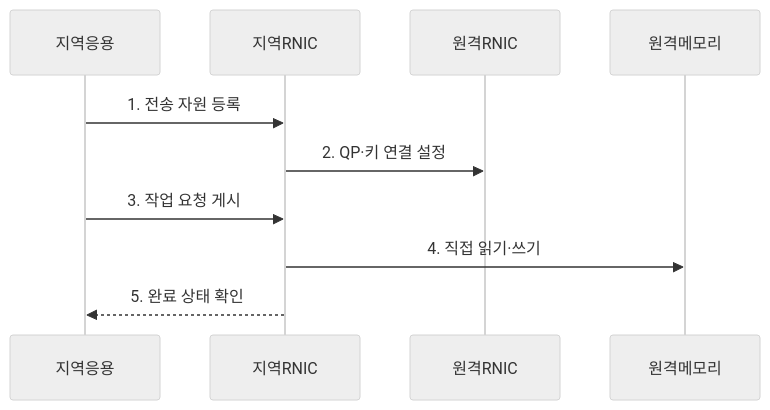
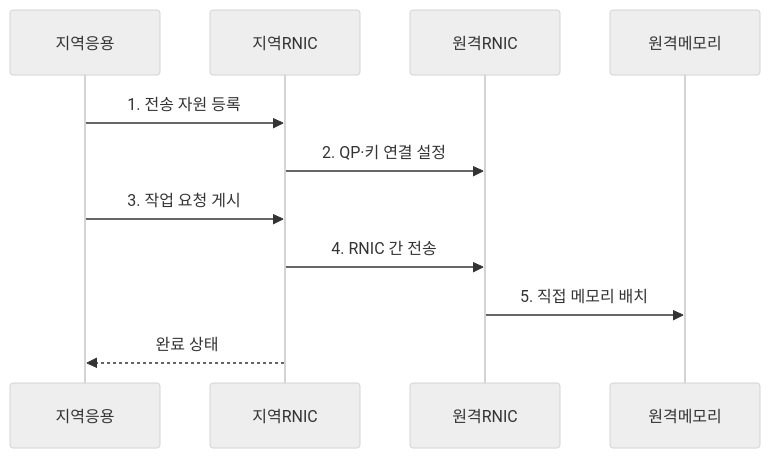
Before and after one commit to agnusdei1207/knowledge-base: the second of 2 diagrams in src/content/docs/notes/04-network/102_rdma.md, drawn with Mermaid (neutral theme). The commit also changed other lines of this file and 16 other files, not shown here.

````diff
--- a/src/content/docs/notes/04-network/102_rdma.md
+++ b/src/content/docs/notes/04-network/102_rdma.md
@@ -83,12 +85,13 @@
 ```mermaid
 sequenceDiagram
     participant 지역응용
     participant 지역RNIC
     participant 원격RNIC
     participant 원격메모리
     지역응용->>지역RNIC: 1. 전송 자원 등록
     지역RNIC->>원격RNIC: 2. QP·키 연결 설정
     지역응용->>지역RNIC: 3. 작업 요청 게시
-    지역RNIC->>원격메모리: 4. 직접 읽기·쓰기
-    지역RNIC-->>지역응용: 5. 완료 상태 확인
+    지역RNIC->>원격RNIC: 4. RNIC 간 전송
+    원격RNIC->>원격메모리: 5. 직접 메모리 배치
+    지역RNIC-->>지역응용: 완료 상태
 ```
````
